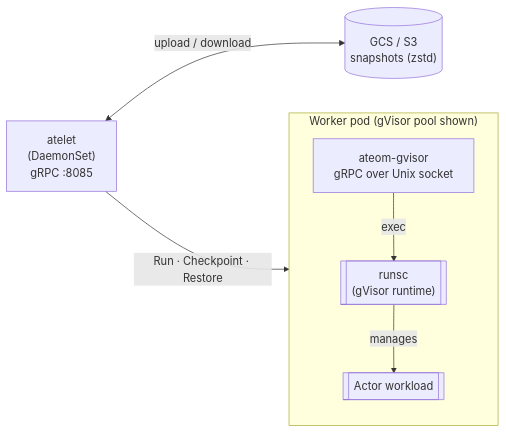
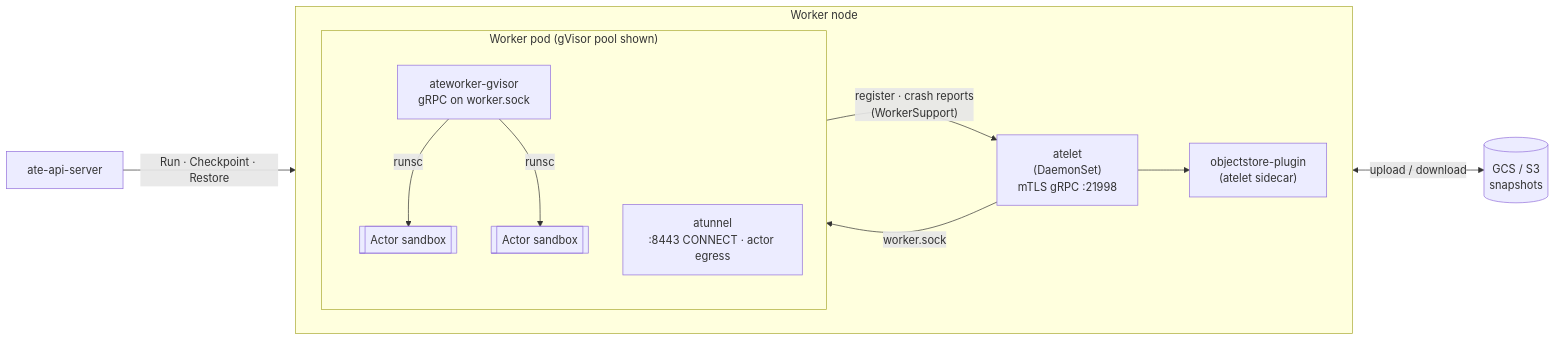
The second of 3 diagrams in atlas/src/content/docs/topology.mdx (christian-posta/substrate), drawn with Mermaid before and after one commit. The commit also changed other lines of this file and 34 other files, not shown here.

````diff
--- a/atlas/src/content/docs/topology.mdx
+++ b/atlas/src/content/docs/topology.mdx
@@ -40,23 +52,33 @@
 ```mermaid
 flowchart LR
-  ATELET["atelet<br/>(DaemonSet)<br/>gRPC :8085"]
+  ATEAPI["ate-api-server"]
 
-  subgraph WPOD["Worker pod (gVisor pool shown)"]
-    direction TB
-    ATEOM["ateom-gvisor<br/>gRPC over Unix socket"]
-    RUNSC[["runsc<br/>(gVisor runtime)"]]
-    WL[["Actor workload"]]
-    ATEOM -- exec --> RUNSC
-    RUNSC -- manages --> WL
+  subgraph NODE["Worker node"]
+    direction LR
+    ATELET["atelet<br/>(DaemonSet)<br/>mTLS gRPC :21998"]
+    PLUG["objectstore-plugin<br/>(atelet sidecar)"]
+
+    subgraph WPOD["Worker pod (gVisor pool shown)"]
+      direction TB
+      WORKER["ateworker-gvisor<br/>gRPC on worker.sock"]
+      TUN["atunnel<br/>:8443 CONNECT · actor egress"]
+      SB1[["Actor sandbox"]]
+      SB2[["Actor sandbox"]]
+      WORKER -- "runsc" --> SB1
+      WORKER -- "runsc" --> SB2
+    end
   end
 
-  GCS[("GCS / S3<br/>snapshots (zstd)")]
+  OBJ[("GCS / S3<br/>snapshots")]
 
-  ATELET -- "Run · Checkpoint · Restore" --> ATEOM
-  ATELET <-- "upload / download" --> GCS
+  ATEAPI -- "Run · Checkpoint · Restore" --> ATELET
+  ATELET -- "worker.sock" --> WORKER
+  WORKER -- "register · crash reports<br/>(WorkerSupport)" --> ATELET
+  ATELET --> PLUG
+  PLUG <-- "upload / download" --> OBJ
 
   click ATELET "/components/atelet/" "atelet"
-  click ATEOM "/components/ateom-gvisor/" "ateom-gvisor"
+  click WORKER "/components/ateworker-gvisor/" "ateworker-gvisor"
   click WPOD "/components/workers/" "Workers"
-  click GCS "/components/storage/" "Storage"
+  click OBJ "/components/storage/" "Storage"
 ```
````
